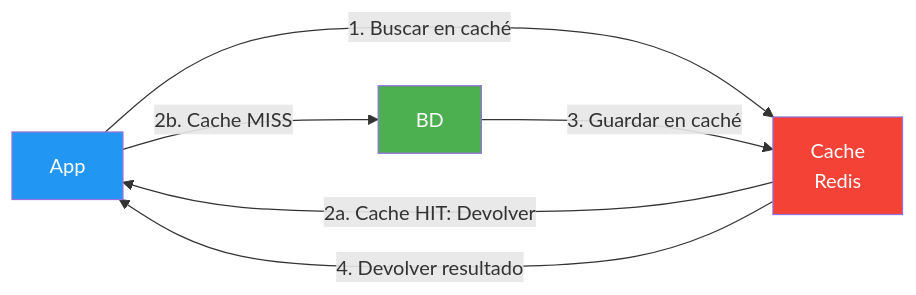
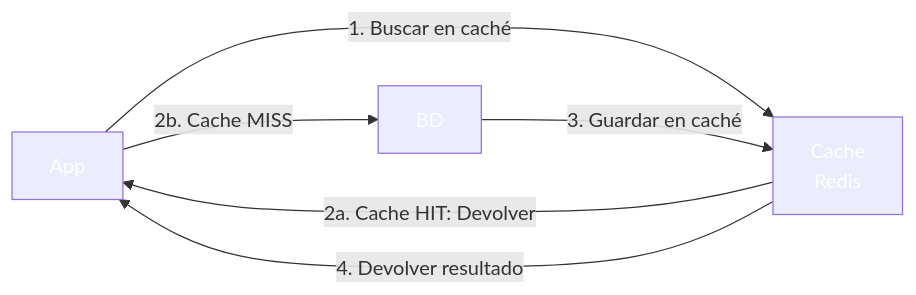
Before and after one commit to joseluisgs/DesarrolloWebEntornosServidor-01-2026-2027: the diagram in soluciones/06-Redis-Cache/README.md, drawn with Mermaid. The commit also changed other lines of this file and 66 other files, not shown here.

First line of the commit message:
fix: normalizar titulos al castellano de frase y corregir la paleta de mermaid

````diff
--- a/soluciones/06-Redis-Cache/README.md
+++ b/soluciones/06-Redis-Cache/README.md
@@ -22,12 +22,12 @@
 ```mermaid
 graph LR
     A[App] -->|1. Buscar en caché| B[Cache<br/>Redis]
     B -->|2a. Cache HIT: Devolver| A
     A -->|2b. Cache MISS| C[BD]
     C -->|3. Guardar en caché| B
     B -->|4. Devolver resultado| A
     
-    style A fill:#2196F3,color:#fff
-    style B fill:#f44336,color:#fff
-    style C fill:#4CAF50,color:#fff
+    style A fill:#2196F,color:#fff3,color:#fff
+    style B fill:#f4433,color:#fff6,color:#fff
+    style C fill:#4CAF5,color:#fff0,color:#fff
 ```
````
